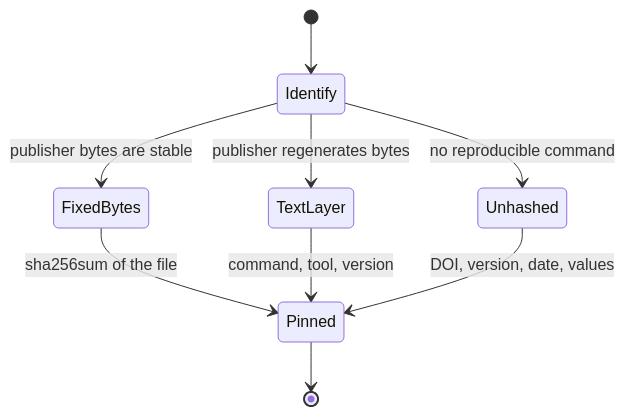
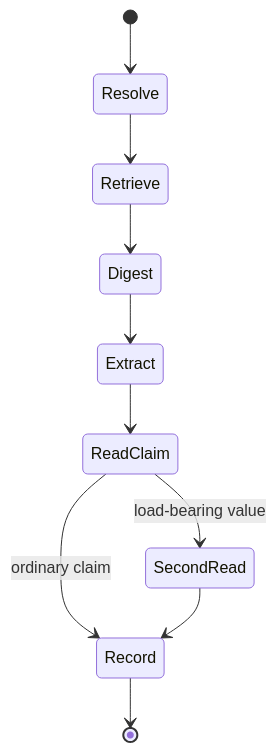
The diagram in docs/pin-references.md (wetware-hq/catalog), drawn with Mermaid before and after one commit. The commit also changed other lines of this file and 10 other files, not shown here.

````diff
--- a/docs/pin-references.md
+++ b/docs/pin-references.md
@@ -61,11 +72,12 @@
 ```mermaid
 stateDiagram-v2
-[*] --> Identify
-Identify --> FixedBytes: publisher bytes are stable
-Identify --> TextLayer: publisher regenerates bytes
-Identify --> Unhashed: no reproducible command
-FixedBytes --> Pinned: sha256sum of the file
-TextLayer --> Pinned: command, tool, version
-Unhashed --> Pinned: DOI, version, date, values
-Pinned --> [*]
+    [*] --> Resolve
+    Resolve --> Retrieve
+    Retrieve --> Digest
+    Digest --> Extract
+    Extract --> ReadClaim
+    ReadClaim --> SecondRead: load-bearing value
+    ReadClaim --> Record: ordinary claim
+    SecondRead --> Record
+    Record --> [*]
 ```
````
